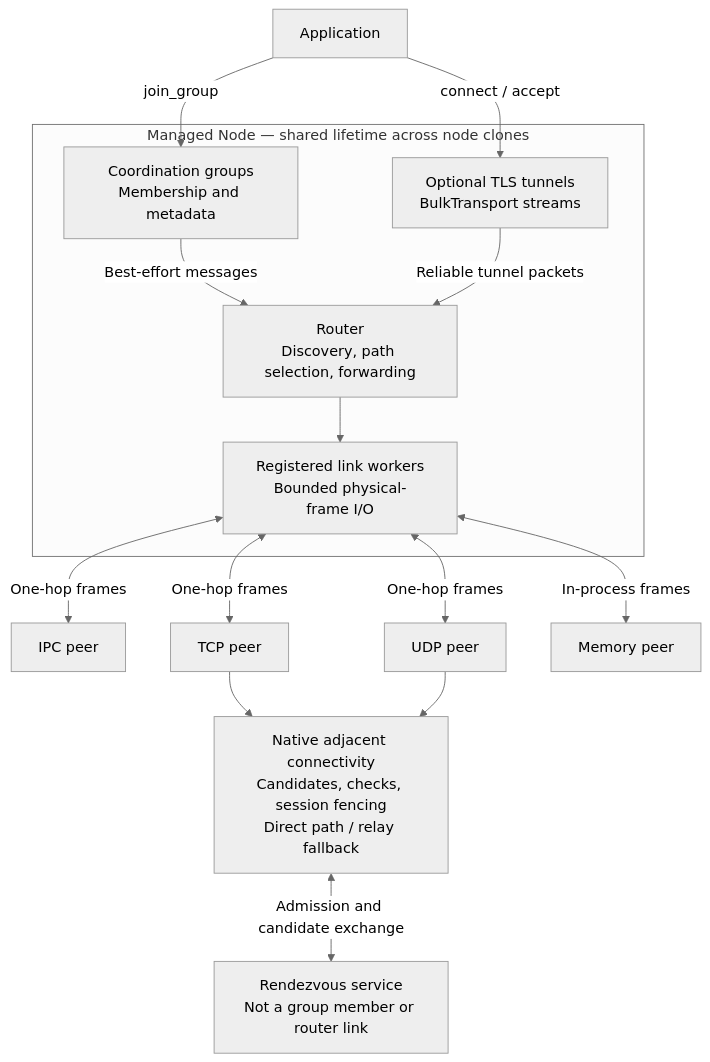
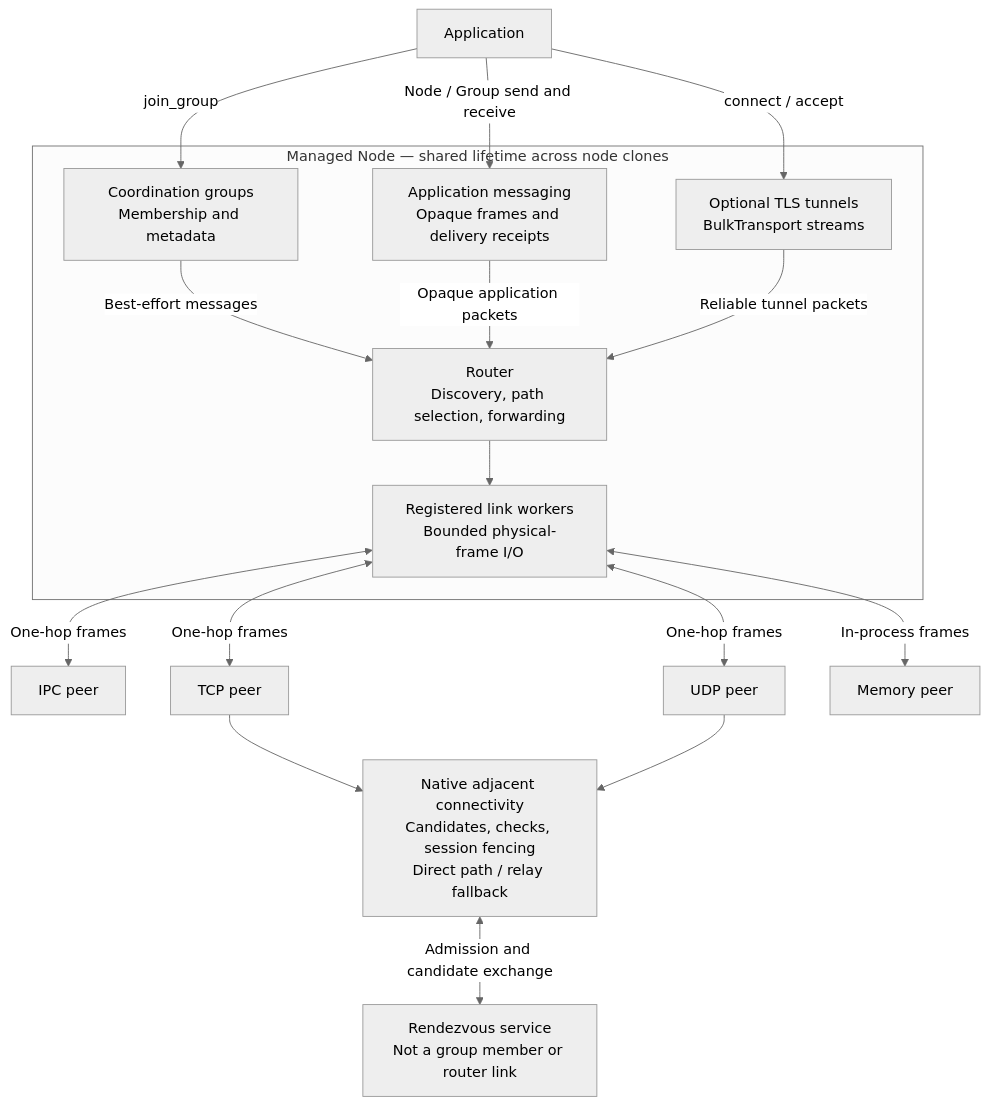
One commit to napbat/groupnet changed the first of 3 diagrams in docs/architecture.md. Above: the diagram before and after it, drawn with Mermaid (neutral theme). The commit also changed other lines of this file and 61 other files, not shown here.

````diff
--- a/docs/architecture.md
+++ b/docs/architecture.md
@@ -16,22 +16,25 @@
 ```mermaid
 flowchart TB
     App["Application"]
     subgraph Managed["Managed Node — shared lifetime across node clones"]
         Groups["Coordination groups\nMembership and metadata"]
+        Messaging["Application messaging\nOpaque frames and delivery receipts"]
         Tunnels["Optional TLS tunnels\nBulkTransport streams"]
         Router["Router\nDiscovery, path selection, forwarding"]
         Links["Registered link workers\nBounded physical-frame I/O"]
         Groups -->|"Best-effort messages"| Router
+        Messaging -->|"Opaque application packets"| Router
         Tunnels -->|"Reliable tunnel packets"| Router
         Router --> Links
     end
     App -->|"join_group"| Groups
+    App -->|"Node / Group send and receive"| Messaging
     App -->|"connect / accept"| Tunnels
     Links <-->|"One-hop frames"| IPC["IPC peer"]
     Links <-->|"One-hop frames"| TCP["TCP peer"]
     Links <-->|"One-hop frames"| UDP["UDP peer"]
     Links <-->|"In-process frames"| Mem["Memory peer"]
     TCP --> Connectivity["Native adjacent connectivity\nCandidates, checks, session fencing\nDirect path / relay fallback"]
     UDP --> Connectivity
     Connectivity <-->|"Admission and candidate exchange"| Rendezvous["Rendezvous service\nNot a group member or router link"]
 ```
````
